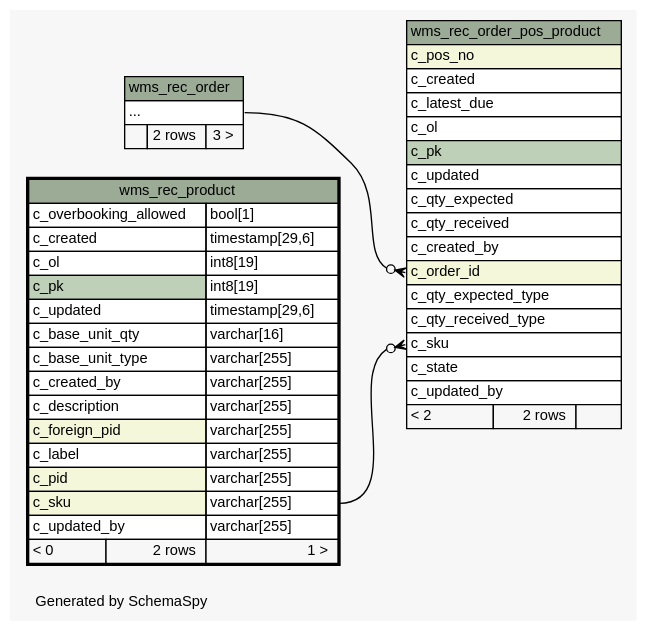
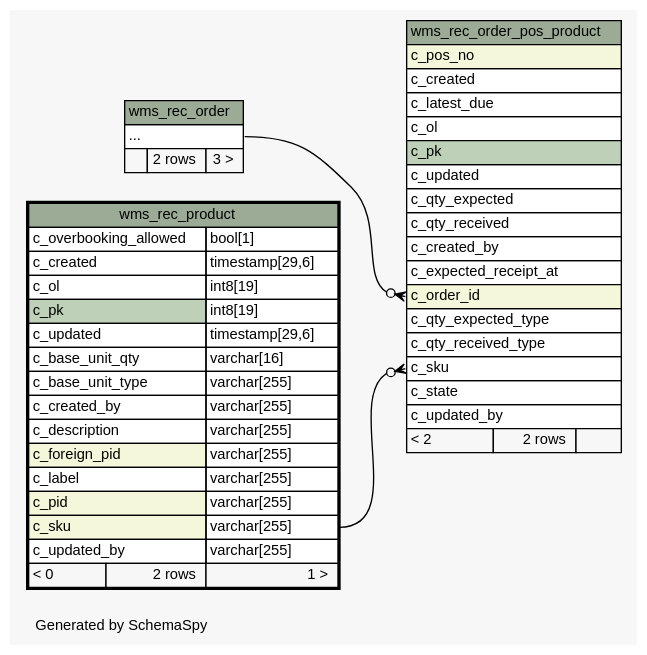
The diagram in 1.0.0-SNAPSHOT/schemaspy/diagrams/wms_rec_product.2degrees.dot (openwms/org.openwms.wms.receiving.lib), drawn with Graphviz before and after one commit. The commit also changed 508 other files, not shown here.

```diff
--- a/1.0.0-SNAPSHOT/schemaspy/diagrams/wms_rec_product.2degrees.dot
+++ b/1.0.0-SNAPSHOT/schemaspy/diagrams/wms_rec_product.2degrees.dot
@@ -1,81 +1,82 @@
 // dot 2.43.0 on Linux 6.5.0-1025-azure
 // SchemaSpy rev Unknown
 digraph "twoDegreesRelationshipsDiagram" {
   graph [
     rankdir="RL"
     bgcolor="#f7f7f7"
     label="\nGenerated by SchemaSpy"
     labeljust="l"
     nodesep="0.18"
     ranksep="0.46"
     fontname="Helvetica"
     fontsize="11"
   ];
   node [
     fontname="Helvetica"
     fontsize="11"
     shape="plaintext"
   ];
   edge [
     arrowsize="0.8"
   ];
   "wms_rec_order_pos_product":"c_order_id":w -> "wms_rec_order":"elipses":e [arrowhead=none dir=back arrowtail=crowodot];
   "wms_rec_order_pos_product":"c_sku":w -> "wms_rec_product":"c_sku.type":e [arrowhead=none dir=back arrowtail=crowodot];
   "wms_rec_order" [
     label=<
     <TABLE BORDER="0" CELLBORDER="1" CELLSPACING="0" BGCOLOR="#ffffff">
       <TR><TD COLSPAN="3" BGCOLOR="#9bab96" ALIGN="CENTER">wms_rec_order</TD></TR>
       <TR><TD PORT="elipses" COLSPAN="3" ALIGN="LEFT">...</TD></TR>
       <TR><TD ALIGN="LEFT" BGCOLOR="#f7f7f7">  </TD><TD ALIGN="RIGHT" BGCOLOR="#f7f7f7">2 rows</TD><TD ALIGN="RIGHT" BGCOLOR="#f7f7f7">3 &gt;</TD></TR>
     </TABLE>>
     URL="wms_rec_order.html"
     tooltip="wms_rec_order"
   ];
   "wms_rec_order_pos_product" [
     label=<
     <TABLE BORDER="0" CELLBORDER="1" CELLSPACING="0" BGCOLOR="#ffffff">
       <TR><TD COLSPAN="3" BGCOLOR="#9bab96" ALIGN="CENTER">wms_rec_order_pos_product</TD></TR>
       <TR><TD PORT="c_pos_no" COLSPAN="3" BGCOLOR="#f4f7da" ALIGN="LEFT">c_pos_no</TD></TR>
       <TR><TD PORT="c_created" COLSPAN="3" ALIGN="LEFT">c_created</TD></TR>
       <TR><TD PORT="c_latest_due" COLSPAN="3" ALIGN="LEFT">c_latest_due</TD></TR>
       <TR><TD PORT="c_ol" COLSPAN="3" ALIGN="LEFT">c_ol</TD></TR>
       <TR><TD PORT="c_pk" COLSPAN="3" BGCOLOR="#bed1b8" ALIGN="LEFT">c_pk</TD></TR>
       <TR><TD PORT="c_updated" COLSPAN="3" ALIGN="LEFT">c_updated</TD></TR>
       <TR><TD PORT="c_qty_expected" COLSPAN="3" ALIGN="LEFT">c_qty_expected</TD></TR>
       <TR><TD PORT="c_qty_received" COLSPAN="3" ALIGN="LEFT">c_qty_received</TD></TR>
       <TR><TD PORT="c_created_by" COLSPAN="3" ALIGN="LEFT">c_created_by</TD></TR>
+      <TR><TD PORT="c_expected_receipt_at" COLSPAN="3" ALIGN="LEFT">c_expected_receipt_at</TD></TR>
       <TR><TD PORT="c_order_id" COLSPAN="3" BGCOLOR="#f4f7da" ALIGN="LEFT">c_order_id</TD></TR>
       <TR><TD PORT="c_qty_expected_type" COLSPAN="3" ALIGN="LEFT">c_qty_expected_type</TD></TR>
       <TR><TD PORT="c_qty_received_type" COLSPAN="3" ALIGN="LEFT">c_qty_received_type</TD></TR>
       <TR><TD PORT="c_sku" COLSPAN="3" ALIGN="LEFT">c_sku</TD></TR>
       <TR><TD PORT="c_state" COLSPAN="3" ALIGN="LEFT">c_state</TD></TR>
       <TR><TD PORT="c_updated_by" COLSPAN="3" ALIGN="LEFT">c_updated_by</TD></TR>
       <TR><TD ALIGN="LEFT" BGCOLOR="#f7f7f7">&lt; 2</TD><TD ALIGN="RIGHT" BGCOLOR="#f7f7f7">2 rows</TD><TD ALIGN="RIGHT" BGCOLOR="#f7f7f7">  </TD></TR>
     </TABLE>>
     URL="wms_rec_order_pos_product.html"
     tooltip="wms_rec_order_pos_product"
   ];
   "wms_rec_product" [
     label=<
     <TABLE BORDER="2" CELLBORDER="1" CELLSPACING="0" BGCOLOR="#ffffff">
       <TR><TD COLSPAN="3" BGCOLOR="#9bab96" ALIGN="CENTER">wms_rec_product</TD></TR>
       <TR><TD PORT="c_overbooking_allowed" COLSPAN="2" ALIGN="LEFT">c_overbooking_allowed</TD><TD PORT="c_overbooking_allowed.type" ALIGN="LEFT">bool[1]</TD></TR>
       <TR><TD PORT="c_created" COLSPAN="2" ALIGN="LEFT">c_created</TD><TD PORT="c_created.type" ALIGN="LEFT">timestamp[29,6]</TD></TR>
       <TR><TD PORT="c_ol" COLSPAN="2" ALIGN="LEFT">c_ol</TD><TD PORT="c_ol.type" ALIGN="LEFT">int8[19]</TD></TR>
       <TR><TD PORT="c_pk" COLSPAN="2" BGCOLOR="#bed1b8" ALIGN="LEFT">c_pk</TD><TD PORT="c_pk.type" ALIGN="LEFT">int8[19]</TD></TR>
       <TR><TD PORT="c_updated" COLSPAN="2" ALIGN="LEFT">c_updated</TD><TD PORT="c_updated.type" ALIGN="LEFT">timestamp[29,6]</TD></TR>
       <TR><TD PORT="c_base_unit_qty" COLSPAN="2" ALIGN="LEFT">c_base_unit_qty</TD><TD PORT="c_base_unit_qty.type" ALIGN="LEFT">varchar[16]</TD></TR>
       <TR><TD PORT="c_base_unit_type" COLSPAN="2" ALIGN="LEFT">c_base_unit_type</TD><TD PORT="c_base_unit_type.type" ALIGN="LEFT">varchar[255]</TD></TR>
       <TR><TD PORT="c_created_by" COLSPAN="2" ALIGN="LEFT">c_created_by</TD><TD PORT="c_created_by.type" ALIGN="LEFT">varchar[255]</TD></TR>
       <TR><TD PORT="c_description" COLSPAN="2" ALIGN="LEFT">c_description</TD><TD PORT="c_description.type" ALIGN="LEFT">varchar[255]</TD></TR>
       <TR><TD PORT="c_foreign_pid" COLSPAN="2" BGCOLOR="#f4f7da" ALIGN="LEFT">c_foreign_pid</TD><TD PORT="c_foreign_pid.type" ALIGN="LEFT">varchar[255]</TD></TR>
       <TR><TD PORT="c_label" COLSPAN="2" ALIGN="LEFT">c_label</TD><TD PORT="c_label.type" ALIGN="LEFT">varchar[255]</TD></TR>
       <TR><TD PORT="c_pid" COLSPAN="2" BGCOLOR="#f4f7da" ALIGN="LEFT">c_pid</TD><TD PORT="c_pid.type" ALIGN="LEFT">varchar[255]</TD></TR>
       <TR><TD PORT="c_sku" COLSPAN="2" BGCOLOR="#f4f7da" ALIGN="LEFT">c_sku</TD><TD PORT="c_sku.type" ALIGN="LEFT">varchar[255]</TD></TR>
       <TR><TD PORT="c_updated_by" COLSPAN="2" ALIGN="LEFT">c_updated_by</TD><TD PORT="c_updated_by.type" ALIGN="LEFT">varchar[255]</TD></TR>
       <TR><TD ALIGN="LEFT" BGCOLOR="#f7f7f7">&lt; 0</TD><TD ALIGN="RIGHT" BGCOLOR="#f7f7f7">2 rows</TD><TD ALIGN="RIGHT" BGCOLOR="#f7f7f7">1 &gt;</TD></TR>
     </TABLE>>
     URL="wms_rec_product.html"
     tooltip="wms_rec_product"
   ];
 }
```
